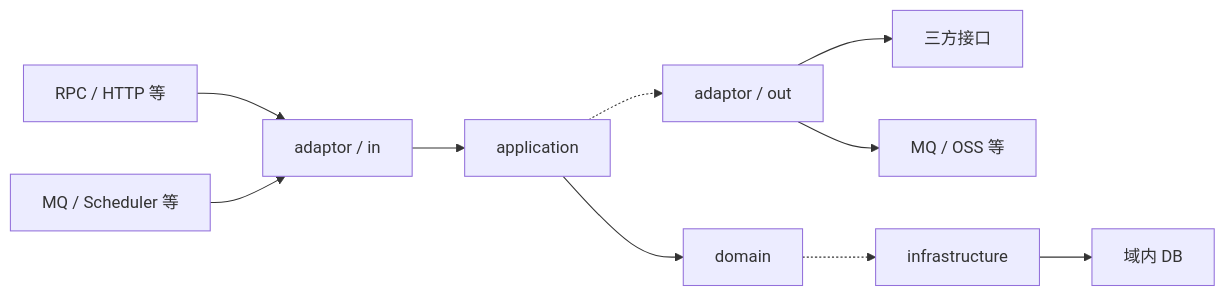
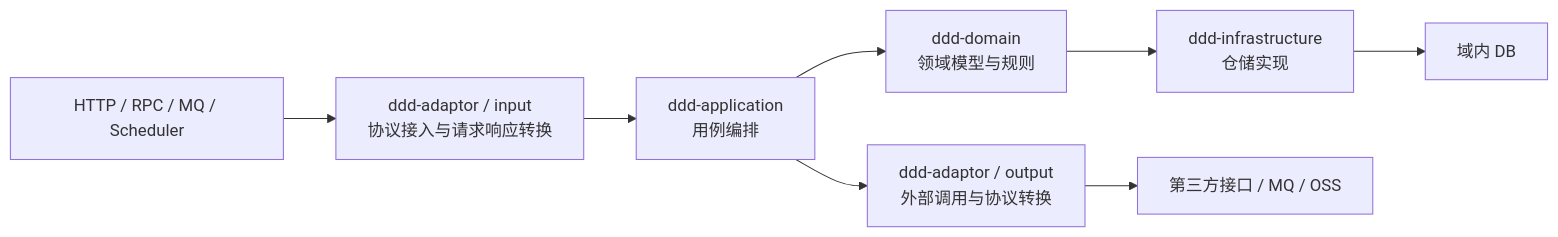
The diagram in README.md (tcmonkey/ddd), drawn with Mermaid before and after one commit. The commit also changed other lines of this file and 7 other files, not shown here.

````diff
--- a/README.md
+++ b/README.md
@@ -7,14 +32,19 @@
 ```mermaid
 flowchart LR
-    HTTP["RPC / HTTP 等"] --> IN["adaptor / in"]
-    EVENT["MQ / Scheduler 等"] --> IN
-    IN --> APP["application"]
-    APP --> DOMAIN["domain"]
+    EXTERNAL_IN[HTTP / RPC / MQ / Scheduler]
+    ADAPTOR_IN[ddd-adaptor / input<br/>协议接入与请求响应转换]
+    APP[ddd-application<br/>用例编排]
+    DOMAIN[ddd-domain<br/>领域模型与规则]
+    INFRA[ddd-infrastructure<br/>仓储实现]
+    DB[域内 DB]
+    ADAPTOR_OUT[ddd-adaptor / output<br/>外部调用与协议转换]
+    EXTERNAL_OUT[第三方接口 / MQ / OSS]
 
-    APP -.-> OUT["adaptor / out"]
-    OUT --> THIRD["三方接口"]
-    OUT --> MIDDLE["MQ / OSS 等"]
-
-    DOMAIN -.-> INFRA["infrastructure"]
-    INFRA --> DB["域内 DB"]
+    EXTERNAL_IN --> ADAPTOR_IN
+    ADAPTOR_IN --> APP
+    APP --> DOMAIN
+    DOMAIN --> INFRA
+    INFRA --> DB
+    APP --> ADAPTOR_OUT
+    ADAPTOR_OUT --> EXTERNAL_OUT
 ```
````
